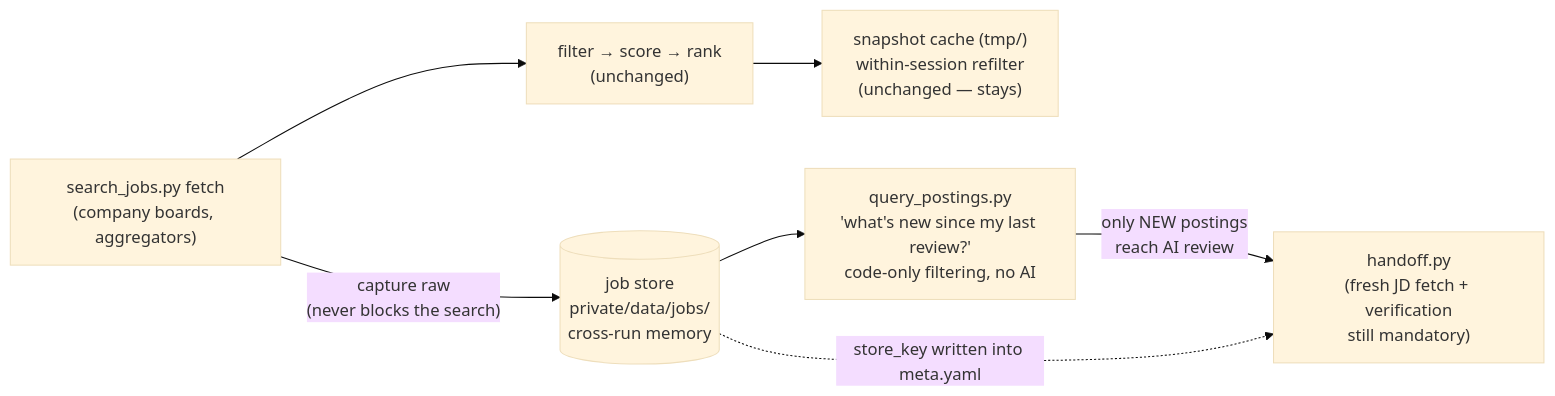
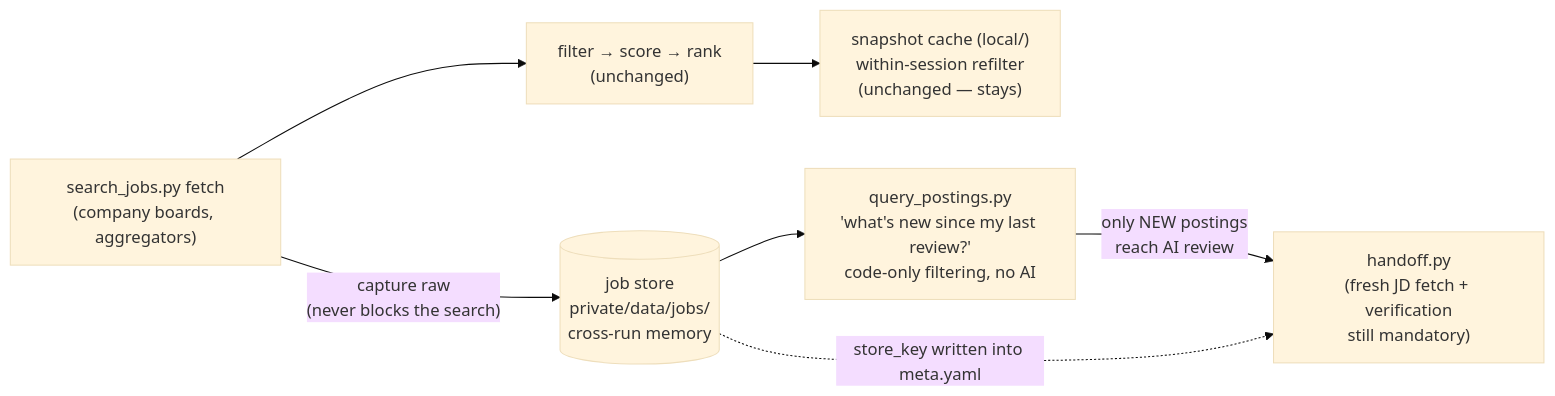
Before and after one commit to QuentinMeow/jobs-finder-toolkit: the diagram in docs/designs/raw-data-layer/02-job-postings-pipeline.md, drawn with Mermaid (base theme). The commit also changed other lines of this file and 33 other files, not shown here.

````diff
--- a/docs/designs/raw-data-layer/02-job-postings-pipeline.md
+++ b/docs/designs/raw-data-layer/02-job-postings-pipeline.md
@@ -34,15 +34,15 @@
 ```mermaid
 flowchart LR
     fetch["search_jobs.py fetch\n(company boards, aggregators)"]
     filter["filter → score → rank\n(unchanged)"]
-    snapshot["snapshot cache (tmp/)\nwithin-session refilter\n(unchanged — stays)"]
+    snapshot["snapshot cache (local/)\nwithin-session refilter\n(unchanged — stays)"]
     store[("job store\nprivate/data/jobs/\ncross-run memory")]
     query["query_postings.py\n'what's new since my last review?'\ncode-only filtering, no AI"]
     handoff["handoff.py\n(fresh JD fetch + verification\nstill mandatory)"]
 
     fetch --> filter --> snapshot
     fetch -->|"capture raw\n(never blocks the search)"| store
     store --> query
     query -->|"only NEW postings\nreach AI review"| handoff
     store -.->|"store_key written into meta.yaml"| handoff
 ```
````
